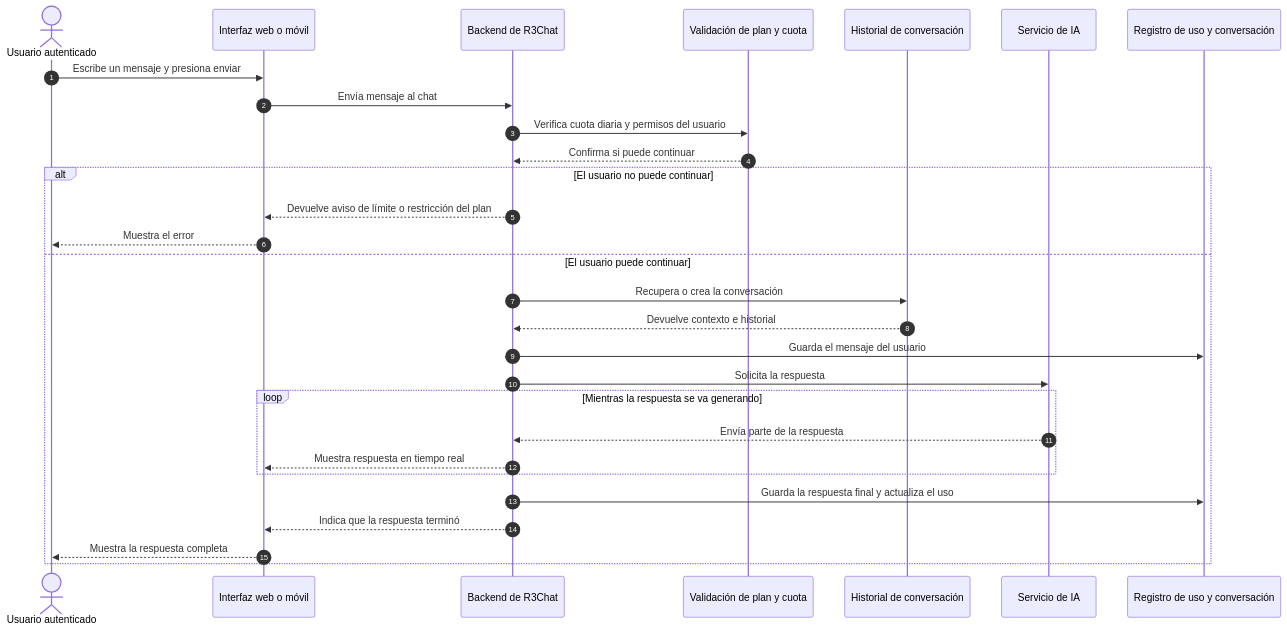
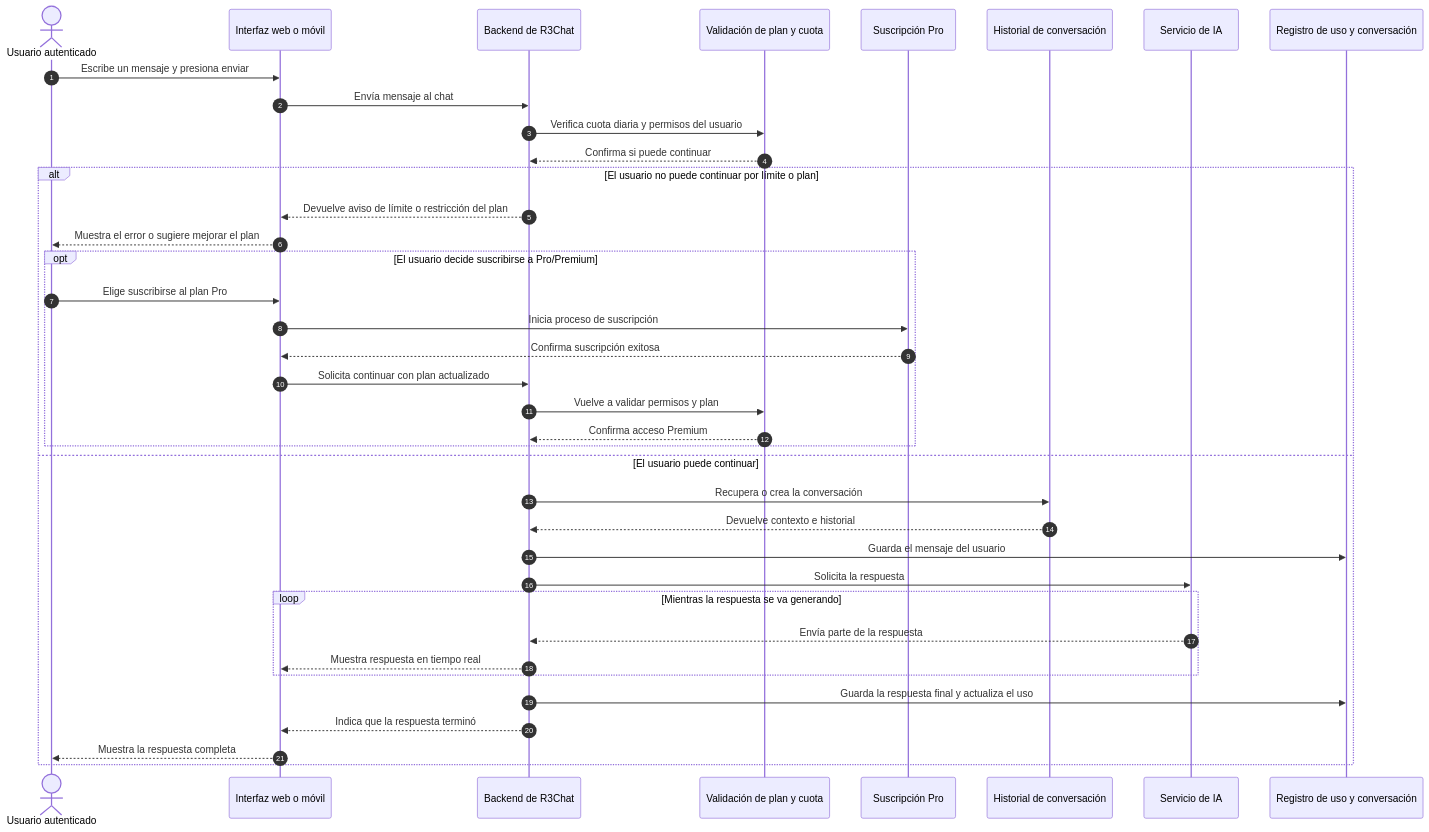
One commit to UNCSM-r0m0/saas-backend changed the diagram in docs/uml-entrega/04-diagrama-de-secuencia.md. Above: the diagram before and after it, drawn with Mermaid. The commit also changed other lines of this file, not shown here.

Commit message:
docs(uml): add pro subscription step to sequence

````diff
--- a/docs/uml-entrega/04-diagrama-de-secuencia.md
+++ b/docs/uml-entrega/04-diagrama-de-secuencia.md
@@ -7,35 +7,45 @@
 ```mermaid
 sequenceDiagram
     autonumber
     actor U as Usuario autenticado
     participant UI as Interfaz web o móvil
     participant BE as Backend de R3Chat
     participant VP as Validación de plan y cuota
+    participant SUB as Suscripción Pro
     participant HC as Historial de conversación
     participant IA as Servicio de IA
     participant REG as Registro de uso y conversación
 
     U->>UI: Escribe un mensaje y presiona enviar
     UI->>BE: Envía mensaje al chat
     BE->>VP: Verifica cuota diaria y permisos del usuario
     VP-->>BE: Confirma si puede continuar
 
-    alt El usuario no puede continuar
+    alt El usuario no puede continuar por límite o plan
         BE-->>UI: Devuelve aviso de límite o restricción del plan
-        UI-->>U: Muestra el error
+        UI-->>U: Muestra el error o sugiere mejorar el plan
+
+        opt El usuario decide suscribirse a Pro/Premium
+            U->>UI: Elige suscribirse al plan Pro
+            UI->>SUB: Inicia proceso de suscripción
+            SUB-->>UI: Confirma suscripción exitosa
+            UI->>BE: Solicita continuar con plan actualizado
+            BE->>VP: Vuelve a validar permisos y plan
+            VP-->>BE: Confirma acceso Premium
+        end
     else El usuario puede continuar
         BE->>HC: Recupera o crea la conversación
         HC-->>BE: Devuelve contexto e historial
         BE->>REG: Guarda el mensaje del usuario
         BE->>IA: Solicita la respuesta
 
         loop Mientras la respuesta se va generando
             IA-->>BE: Envía parte de la respuesta
             BE-->>UI: Muestra respuesta en tiempo real
         end
 
         BE->>REG: Guarda la respuesta final y actualiza el uso
         BE-->>UI: Indica que la respuesta terminó
         UI-->>U: Muestra la respuesta completa
     end
 ```
````
